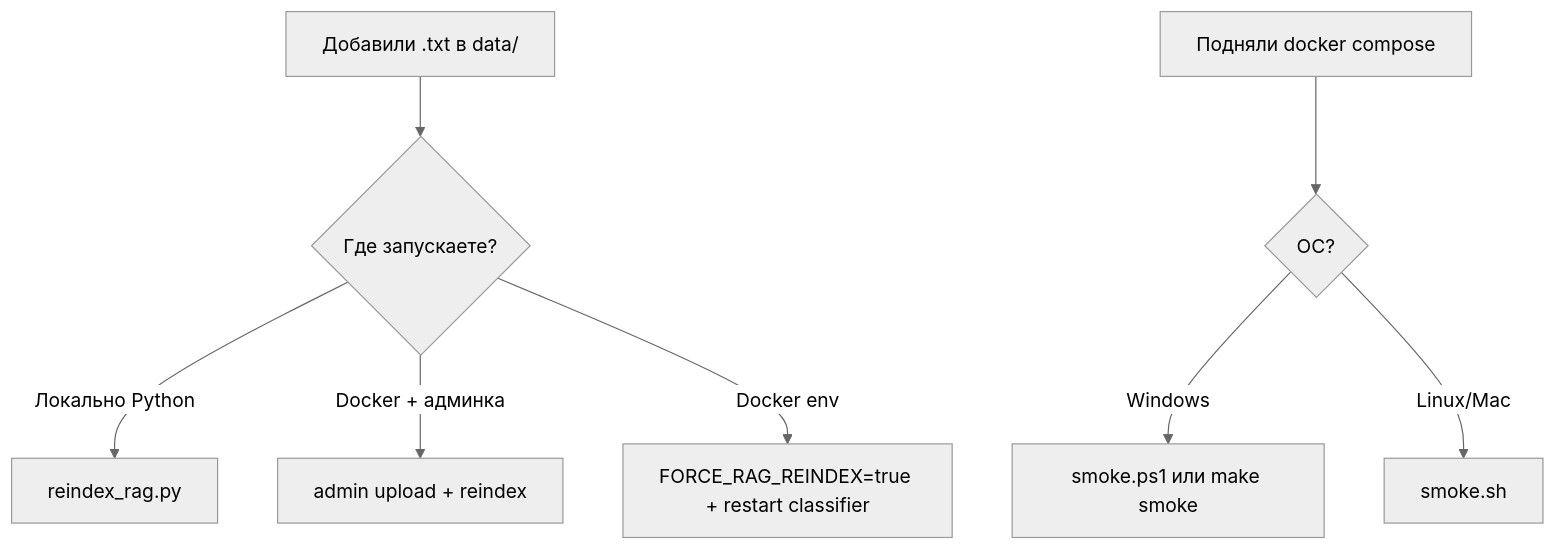
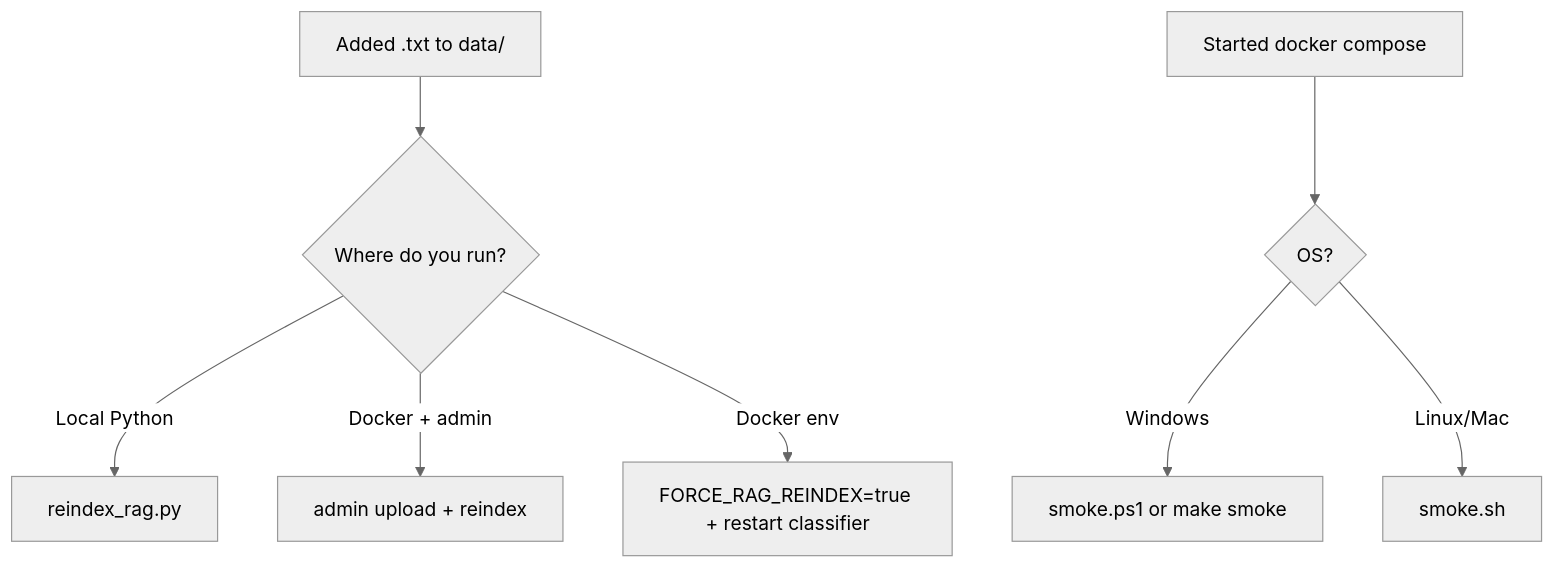
Before and after one commit to kantik001/grounded_horticulture_en: the diagram in docs/knowledge-base/scripts-overview.md, drawn with Mermaid (neutral theme). The commit also changed other lines of this file and 189 other files, not shown here.

````diff
--- a/docs/knowledge-base/scripts-overview.md
+++ b/docs/knowledge-base/scripts-overview.md
@@ -20,11 +20,11 @@
 ```mermaid
 flowchart TD
-    A[Добавили .txt в data/] --> B{Где запускаете?}
-    B -->|Локально Python| C[reindex_rag.py]
-    B -->|Docker + админка| D[admin upload + reindex]
+    A[Added .txt to data/] --> B{Where do you run?}
+    B -->|Local Python| C[reindex_rag.py]
+    B -->|Docker + admin| D[admin upload + reindex]
     B -->|Docker env| E[FORCE_RAG_REINDEX=true + restart classifier]
 
-    F[Подняли docker compose] --> G{ОС?}
-    G -->|Windows| H[smoke.ps1 или make smoke]
+    F[Started docker compose] --> G{OS?}
+    G -->|Windows| H[smoke.ps1 or make smoke]
     G -->|Linux/Mac| I[smoke.sh]
 ```
````
